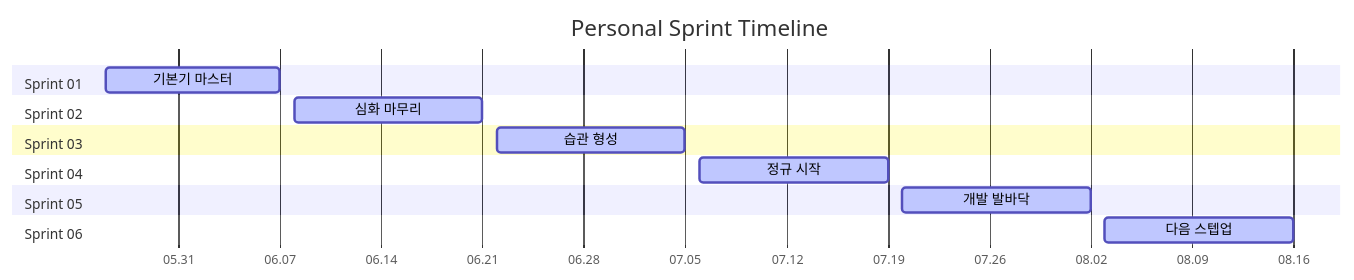
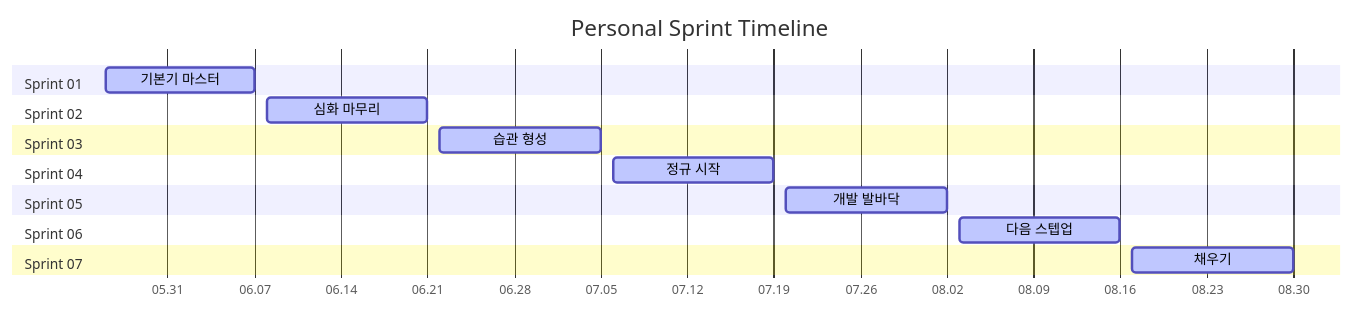
Before and after one commit to Vryez11/personal-sprint: the diagram in README.md, drawn with Mermaid. The commit also changed other lines of this file and 2 other files, not shown here.

Commit message:
sprint07: 다음 스프린트 세팅

````diff
--- a/README.md
+++ b/README.md
@@ -12,18 +12,20 @@
 ```mermaid
 gantt
     title Personal Sprint Timeline
     dateFormat YYYY-MM-DD
     axisFormat %m.%d
     section Sprint 01
     기본기 마스터 :active, s1, 2026-05-26, 2026-06-07
     section Sprint 02
     심화 마무리 :active, s2, 2026-06-08, 2026-06-21
     section Sprint 03
     습관 형성 :active, s3, 2026-06-22, 2026-07-05
     section Sprint 04
     정규 시작 :active, s4, 2026-07-06, 2026-07-19
     section Sprint 05
     개발 발바닥 :active, s5, 2026-07-20, 2026-08-02
     section Sprint 06
     다음 스텝업 :active, s6, 2026-08-03, 2026-08-16
+    section Sprint 07
+    채우기 :active, s7, 2026-08-17, 2026-08-30
 ```
````
